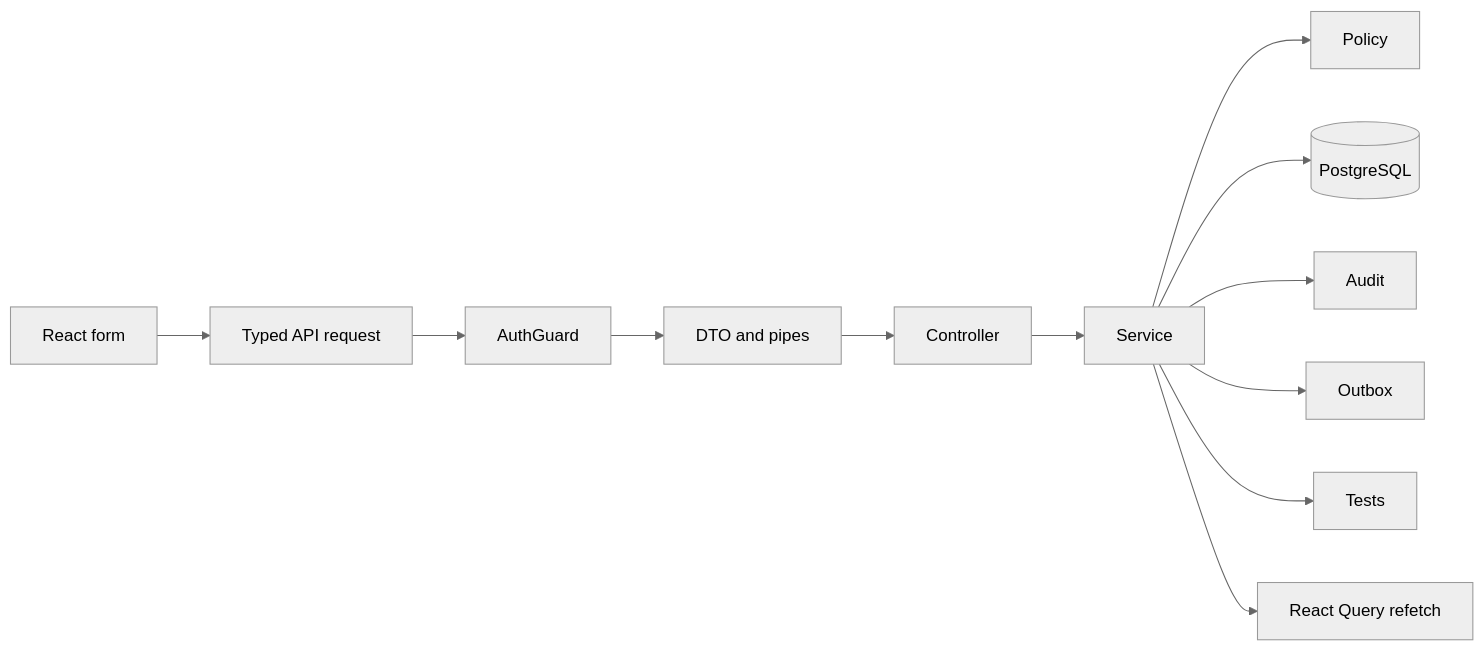
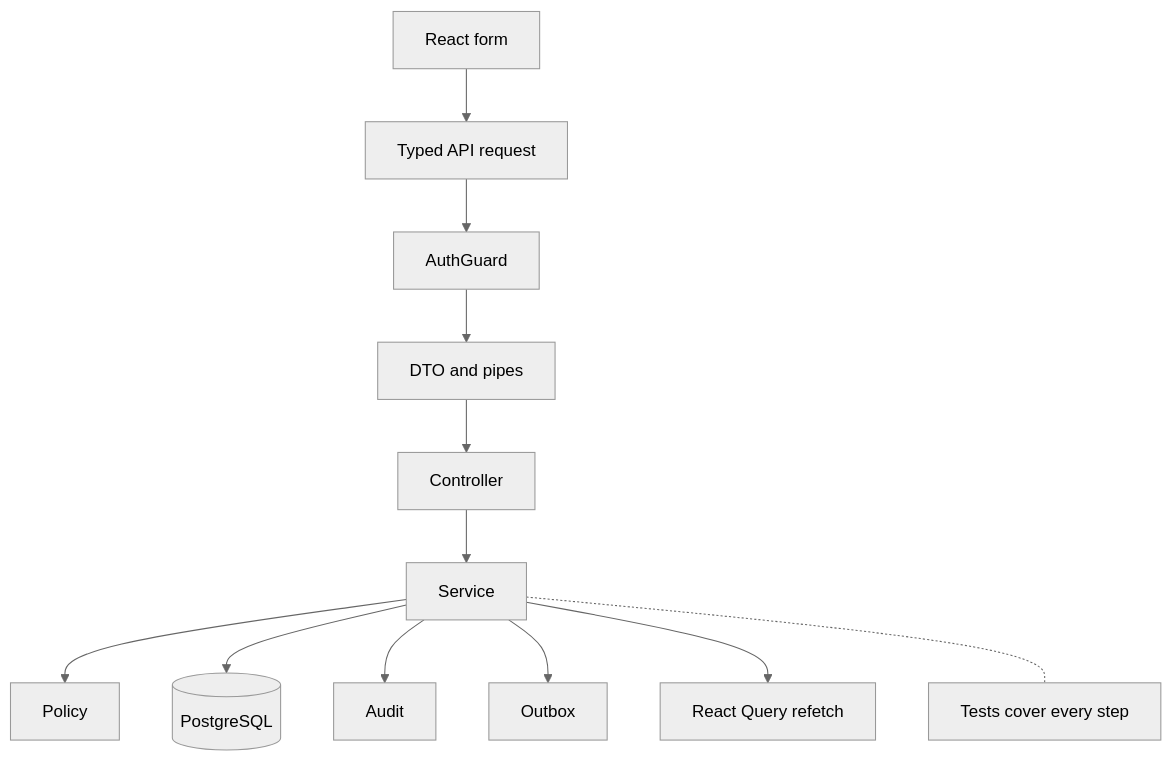
The diagram in docs/learn-nestjs/10-build-a-feature/README.md (mky120799/Ticketing-System), drawn with Mermaid (neutral theme) before and after one commit. The commit also changed 143 other files, not shown here.

Commit message:
docs: add comprehensive documentation for architecture, modules, and workflows

````diff
--- a/docs/learn-nestjs/10-build-a-feature/README.md
+++ b/docs/learn-nestjs/10-build-a-feature/README.md
@@ -13,14 +13,14 @@
 ```mermaid
-flowchart LR
+flowchart TB
   U[React form] --> R[Typed API request]
   R --> G[AuthGuard]
   G --> D[DTO and pipes]
   D --> C[Controller]
   C --> S[Service]
   S --> P[Policy]
   S --> X[(PostgreSQL)]
   S --> A[Audit]
   S --> O[Outbox]
-  S --> T[Tests]
   S --> Q[React Query refetch]
+  S -.- T[Tests cover every step]
 ```
````
